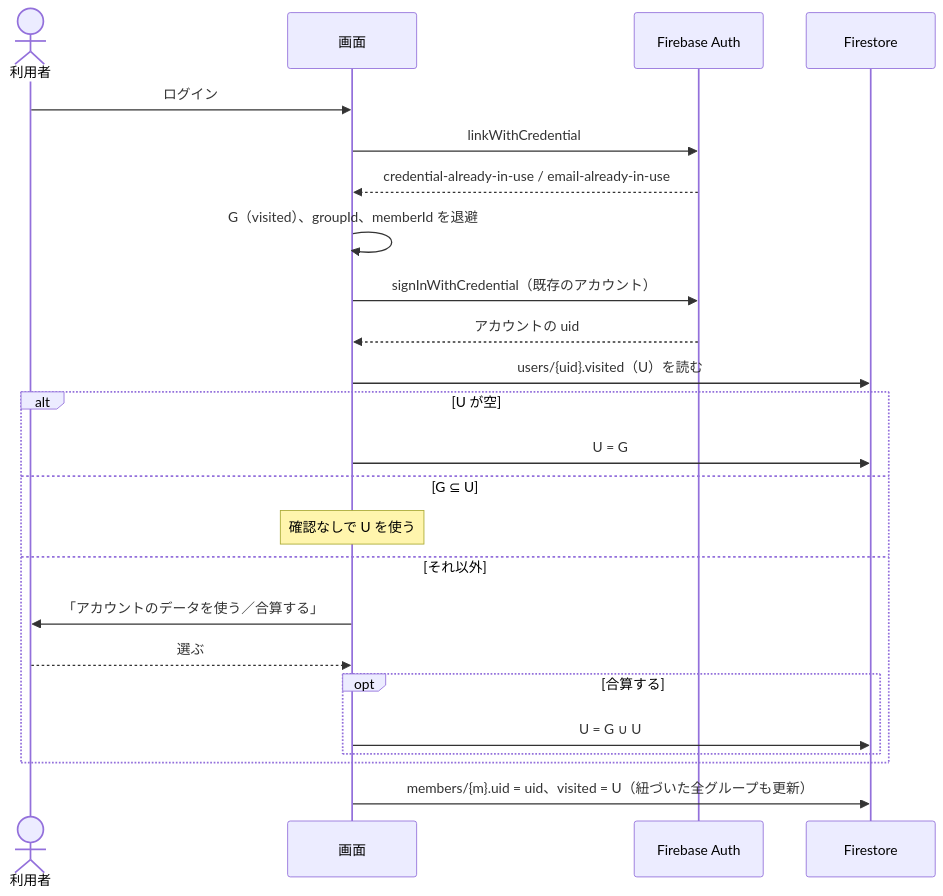
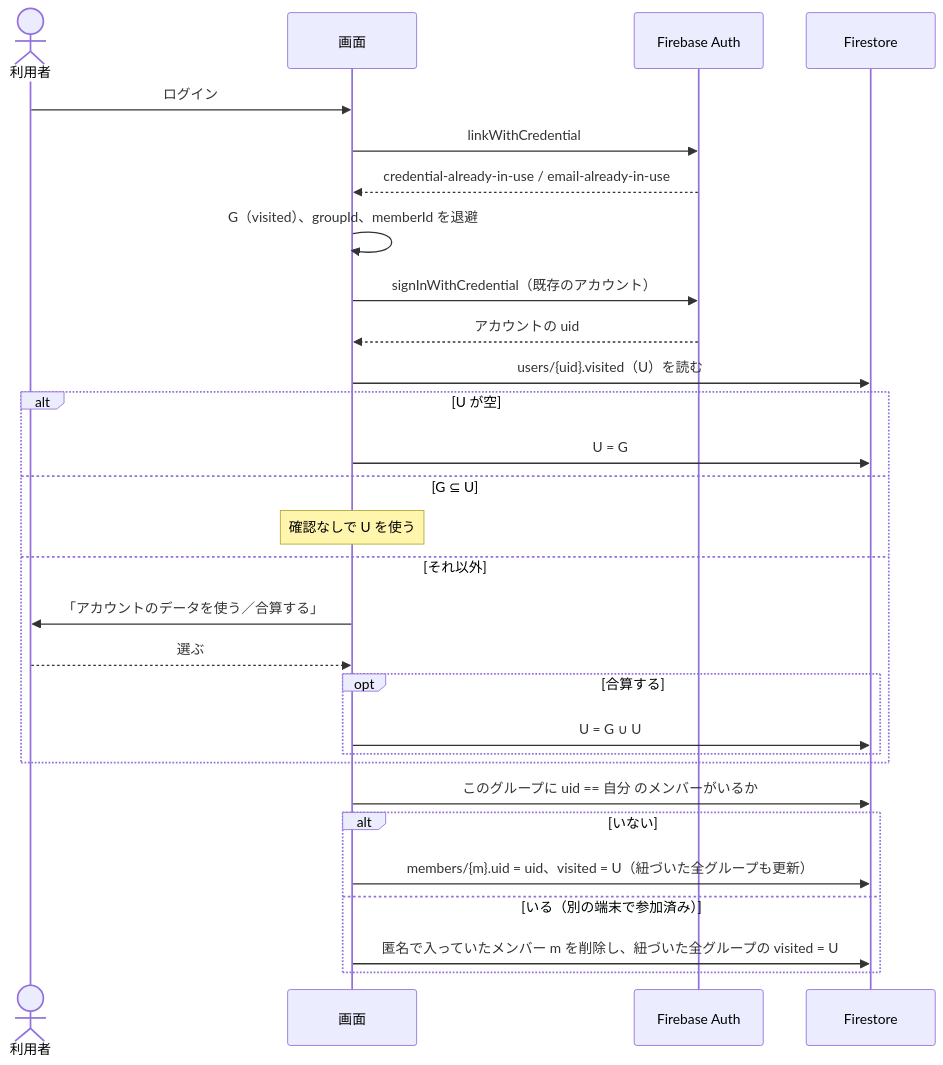
The third of 5 diagrams in docs/design/auth-flow.md (yuppy52/tabikaigi-map), drawn with Mermaid before and after one commit. The commit also changed other lines of this file and 9 other files, not shown here.

````diff
--- a/docs/design/auth-flow.md
+++ b/docs/design/auth-flow.md
@@ -53,27 +63,32 @@
 ```mermaid
 sequenceDiagram
   actor U as 利用者
   participant App as 画面
   participant Auth as Firebase Auth
   participant DB as Firestore
 
   U->>App: ログイン
   App->>Auth: linkWithCredential
   Auth-->>App: credential-already-in-use / email-already-in-use
   App->>App: G（visited）、groupId、memberId を退避
   App->>Auth: signInWithCredential（既存のアカウント）
   Auth-->>App: アカウントの uid
   App->>DB: users/{uid}.visited（U）を読む
   alt U が空
     App->>DB: U = G
   else G ⊆ U
     Note over App: 確認なしで U を使う
   else それ以外
     App->>U: 「アカウントのデータを使う／合算する」
     U-->>App: 選ぶ
     opt 合算する
       App->>DB: U = G ∪ U
     end
   end
-  App->>DB: members/{m}.uid = uid、visited = U（紐づいた全グループも更新）
+  App->>DB: このグループに uid == 自分 のメンバーがいるか
+  alt いない
+    App->>DB: members/{m}.uid = uid、visited = U（紐づいた全グループも更新）
+  else いる（別の端末で参加済み）
+    App->>DB: 匿名で入っていたメンバー m を削除し、紐づいた全グループの visited = U
+  end
 ```
````
